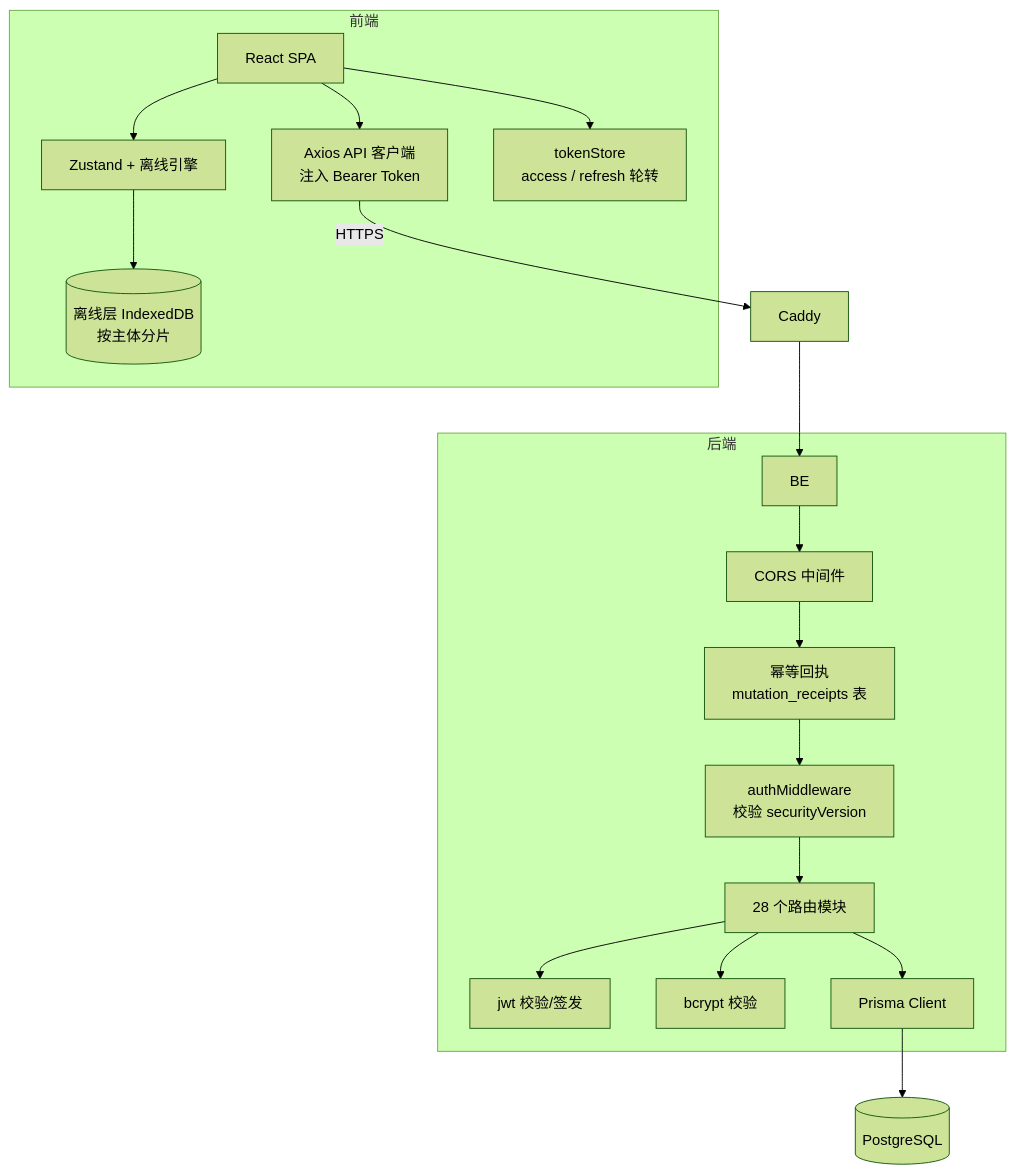
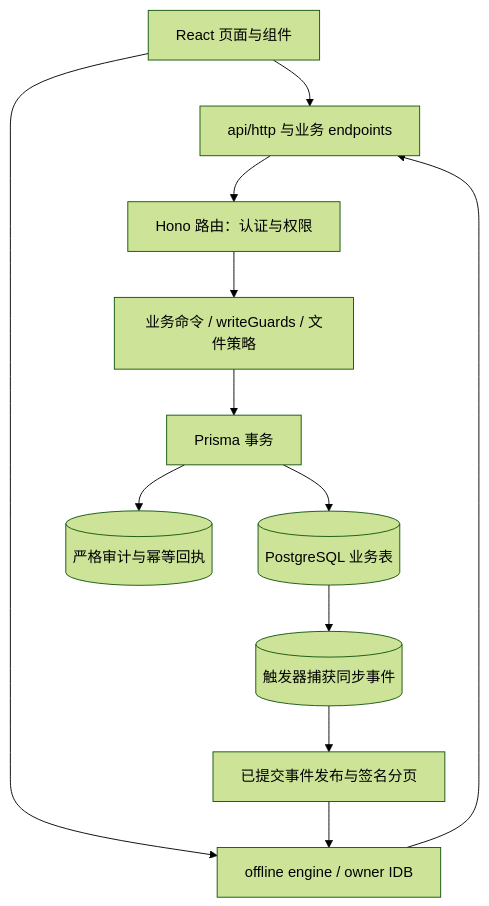
Before and after one commit to ArthurUker/project-management: the first of 3 diagrams in README.md, drawn with Mermaid (forest theme). The commit also changed other lines of this file and 3209 other files, not shown here.

````diff
--- a/README.md
+++ b/README.md
@@ -135,21 +81,14 @@
 ```mermaid
-flowchart TB
-  subgraph 前端
-    SPA[React SPA] --> STORE[Zustand + 离线引擎]
-    STORE --> OFF[(离线层 IndexedDB<br/>按主体分片)]
-    SPA --> AXIOS[Axios API 客户端<br/>注入 Bearer Token]
-    SPA --> SESS[tokenStore<br/>access / refresh 轮转]
-  end
-  AXIOS -->|HTTPS| CD[Caddy]
-  CD --> BE
-  subgraph 后端
-    BE --> CORS[CORS 中间件]
-    CORS --> IDEMP[幂等回执<br/>mutation_receipts 表]
-    IDEMP --> AUTH[authMiddleware<br/>校验 securityVersion]
-    AUTH --> ROUTES[28 个路由模块]
-    ROUTES --> JWT[jwt 校验/签发]
-    ROUTES --> BC[bcrypt 校验]
-    ROUTES --> PRISMA[Prisma Client]
-  end
-  PRISMA --> PG[(PostgreSQL)]
+flowchart TD
+  UI[React 页面与组件] --> HTTP[api/http 与业务 endpoints]
+  UI --> OFF[offline engine / owner IDB]
+  OFF --> HTTP
+  HTTP --> AUTH[Hono 路由：认证与权限]
+  AUTH --> CMD[业务命令 / writeGuards / 文件策略]
+  CMD --> TX[Prisma 事务]
+  TX --> DB[(PostgreSQL 业务表)]
+  TX --> AUDIT[(严格审计与幂等回执)]
+  DB --> EVENTS[(触发器捕获同步事件)]
+  EVENTS --> PUB[已提交事件发布与签名分页]
+  PUB --> OFF
 ```
````
